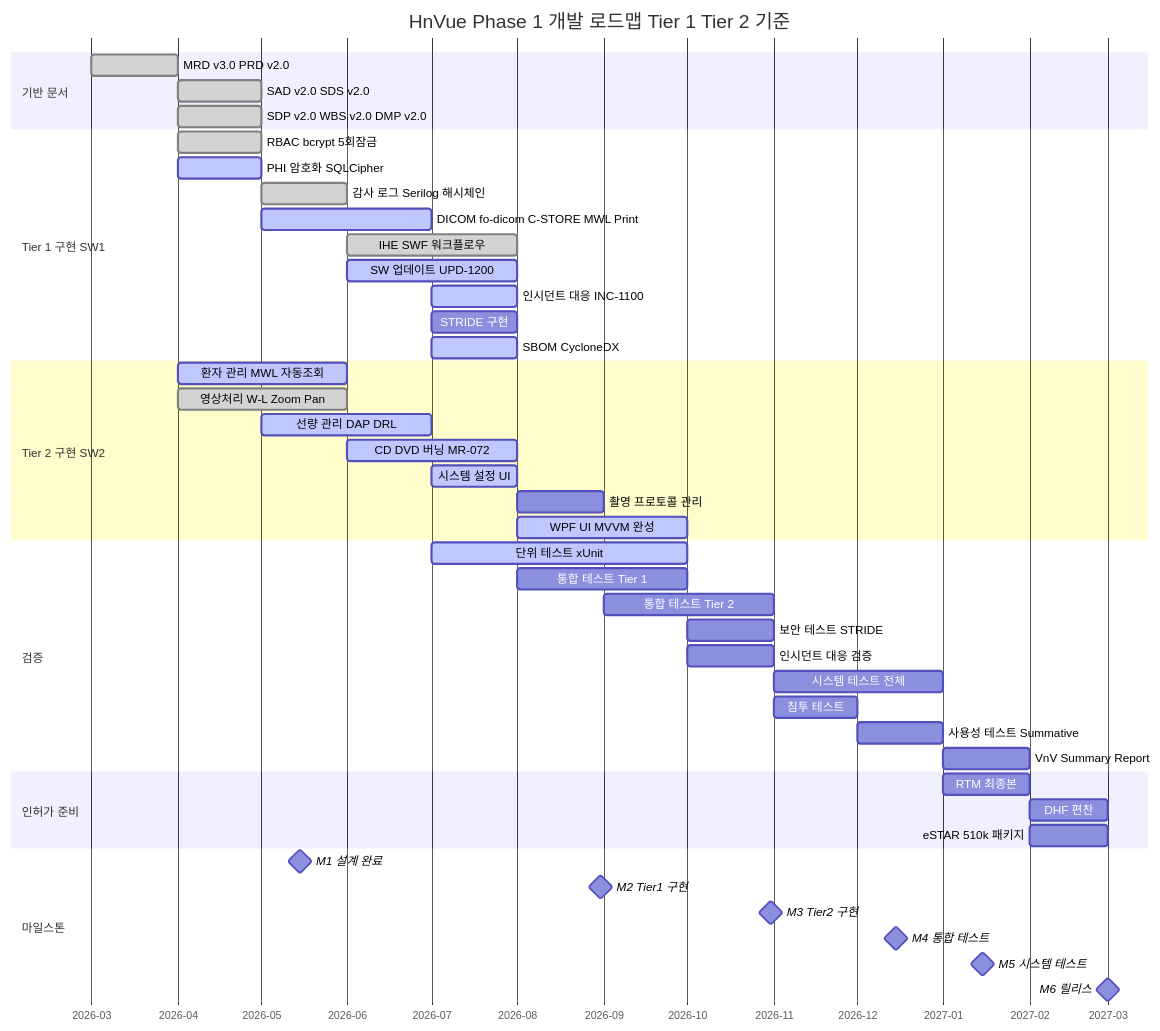
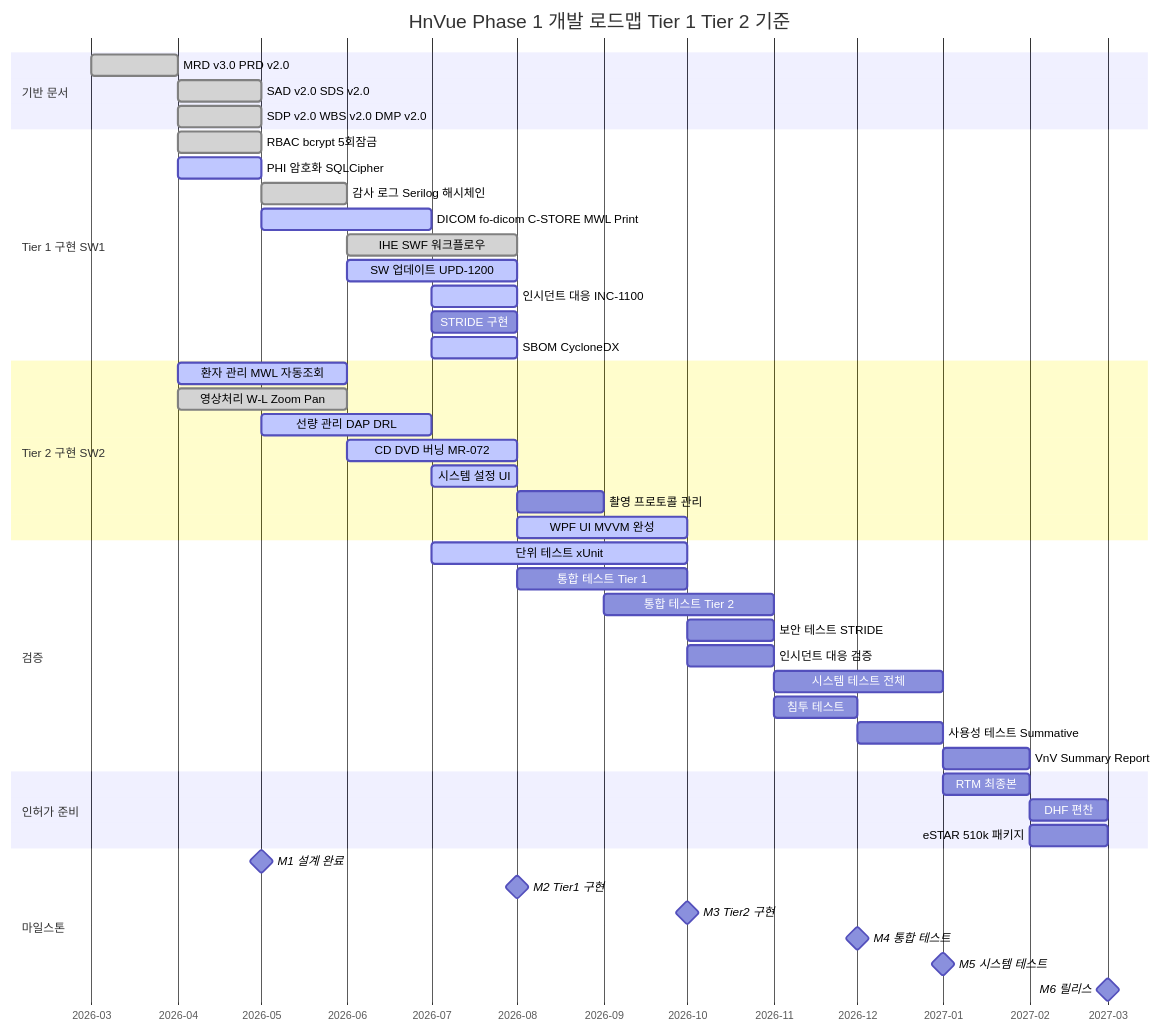
The fourth of 6 diagrams in docs/management/WBS-001_WBS_v2.0.md (holee9/console-gui), drawn with Mermaid before and after one commit. The commit also changed other lines of this file, not shown here.

First line of the commit message:
fix(wbs): 마인드맵 가시성 개선 + Gantt MM 기반 변경 + 마일스톤 정정

````diff
--- a/docs/management/WBS-001_WBS_v2.0.md
+++ b/docs/management/WBS-001_WBS_v2.0.md
@@ -248,55 +250,55 @@
 ```mermaid
 gantt
     title HnVue Phase 1 개발 로드맵 Tier 1 Tier 2 기준
     dateFormat  YYYY-MM
     axisFormat  %Y-%m
 
     section 기반 문서
     MRD v3.0 PRD v2.0         :done, base1, 2026-03, 1M
     SAD v2.0 SDS v2.0         :done, base2, 2026-04, 1M
     SDP v2.0 WBS v2.0 DMP v2.0 :done, base3, 2026-04, 1M
 
     section Tier 1 구현 SW1
     RBAC bcrypt 5회잠금       :done, t1a, 2026-04, 1M
     PHI 암호화 SQLCipher      :active, t1b, 2026-04, 1M
     감사 로그 Serilog 해시체인 :done, t1c, 2026-05, 1M
     DICOM fo-dicom C-STORE MWL Print :active, t1d, 2026-05, 2M
     IHE SWF 워크플로우        :done, t1e, 2026-06, 2M
     SW 업데이트 UPD-1200      :active, t1f, 2026-06, 2M
     인시던트 대응 INC-1100    :active, t1g, 2026-07, 1M
     STRIDE 구현               :t1h, 2026-07, 1M
     SBOM CycloneDX            :active, t1i, 2026-07, 1M
 
     section Tier 2 구현 SW2
     환자 관리 MWL 자동조회    :active, t2a, 2026-04, 2M
     영상처리 W-L Zoom Pan     :done, t2b, 2026-04, 2M
     선량 관리 DAP DRL         :active, t2c, 2026-05, 2M
     CD DVD 버닝 MR-072        :active, t2d, 2026-06, 2M
     시스템 설정 UI            :active, t2e, 2026-07, 1M
     촬영 프로토콜 관리        :t2f, 2026-08, 1M
     WPF UI MVVM 완성          :active, t2g, 2026-08, 2M
 
     section 검증
     단위 테스트 xUnit         :active, v1, 2026-07, 3M
     통합 테스트 Tier 1        :v2, 2026-08, 2M
     통합 테스트 Tier 2        :v3, 2026-09, 2M
     보안 테스트 STRIDE        :v4, 2026-10, 1M
     인시던트 대응 검증        :v5, 2026-10, 1M
     시스템 테스트 전체        :v6, 2026-11, 2M
     침투 테스트               :v7, 2026-11, 1M
     사용성 테스트 Summative   :v8, 2026-12, 1M
     VnV Summary Report        :v9, 2027-01, 1M
 
     section 인허가 준비
     RTM 최종본                :r1, 2027-01, 1M
     DHF 편찬                  :r2, 2027-02, 1M
     eSTAR 510k 패키지         :r3, 2027-02, 1M
 
     section 마일스톤
-    M1 설계 완료              :milestone, m1, 2026-05-15, 0d
-    M2 Tier1 구현             :milestone, m2, 2026-08-31, 0d
-    M3 Tier2 구현             :milestone, m3, 2026-10-31, 0d
-    M4 통합 테스트            :milestone, m4, 2026-12-15, 0d
-    M5 시스템 테스트          :milestone, m5, 2027-01-15, 0d
-    M6 릴리스                 :milestone, m6, 2027-03-01, 0d
+    M1 설계 완료              :milestone, m1, 2026-05, 0d
+    M2 Tier1 구현             :milestone, m2, 2026-08, 0d
+    M3 Tier2 구현             :milestone, m3, 2026-10, 0d
+    M4 통합 테스트            :milestone, m4, 2026-12, 0d
+    M5 시스템 테스트          :milestone, m5, 2027-01, 0d
+    M6 릴리스                 :milestone, m6, 2027-03, 0d
 ```
````
